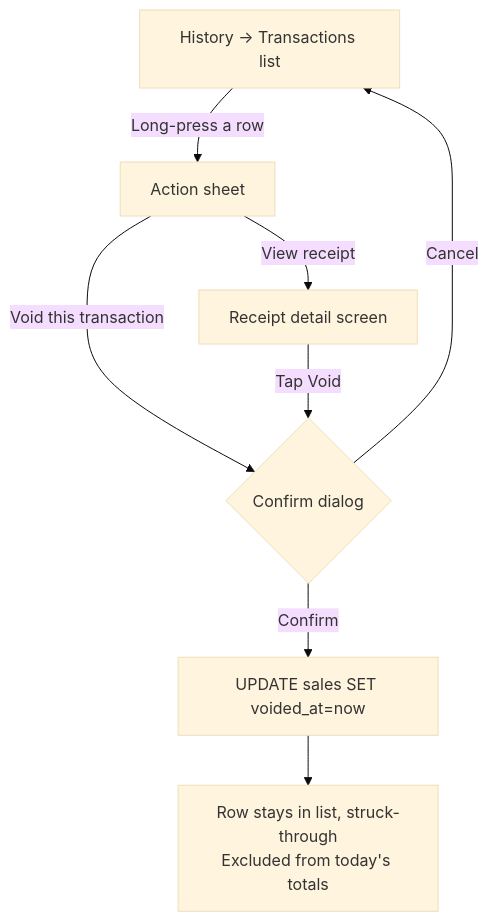
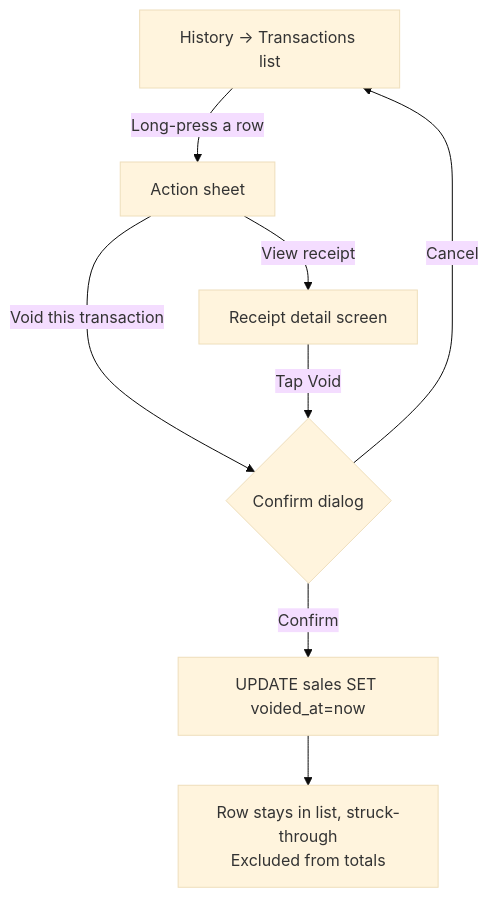
One commit to BryJavier/simple-sari-sari changed the fifth of 11 diagrams in docs/superpowers/specs/2026-05-10-sari-sari-pos-design.md. Above: the diagram before and after it, drawn with Mermaid (base theme). The commit also changed other lines of this file, not shown here.

````diff
--- a/docs/superpowers/specs/2026-05-10-sari-sari-pos-design.md
+++ b/docs/superpowers/specs/2026-05-10-sari-sari-pos-design.md
@@ -267,10 +282,10 @@
 ```mermaid
 flowchart TD
     A[History → Transactions list] -->|Long-press a row| B[Action sheet]
     B -->|View receipt| R[Receipt detail screen]
     B -->|Void this transaction| C{Confirm dialog}
     R -->|Tap Void| C
     C -->|Cancel| A
     C -->|Confirm| D[UPDATE sales SET voided_at=now]
-    D --> E[Row stays in list, struck-through<br/>Excluded from today's totals]
+    D --> E[Row stays in list, struck-through<br/>Excluded from totals]
 ```
````
